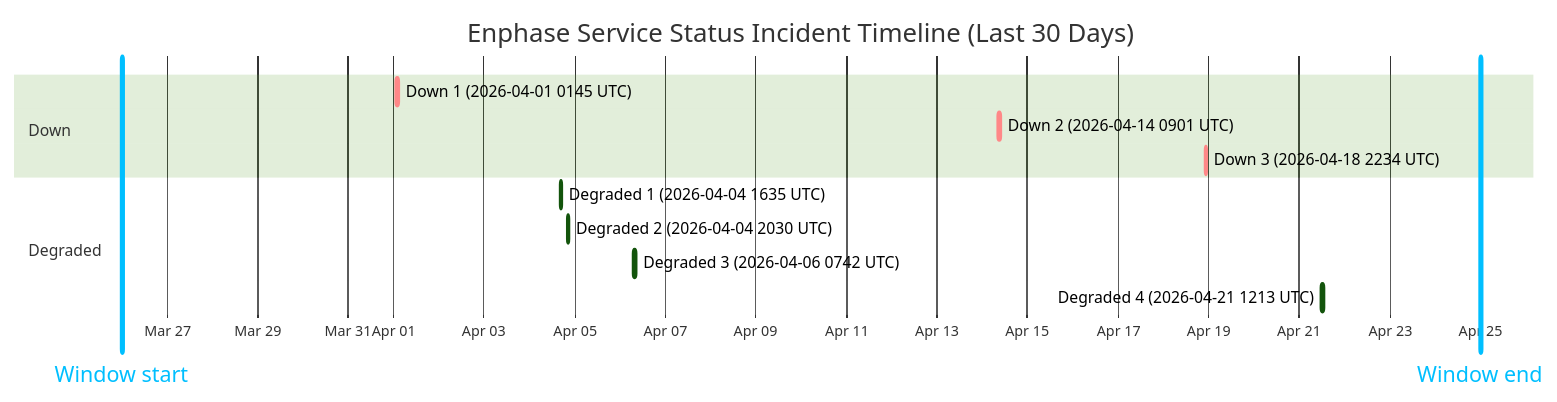
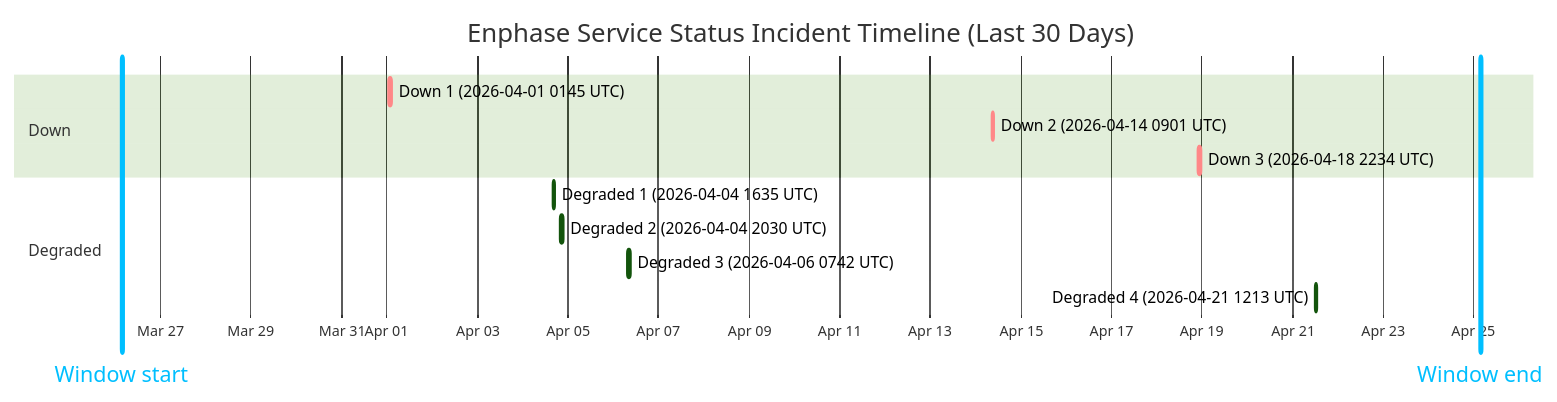
The diagram in wiki/Service-Status-History.md (barneyonline/ha-enphase-ev-charger), drawn with Mermaid (forest theme) before and after one commit. The commit also changed other lines of this file and 3 other files, not shown here.

````diff
--- a/wiki/Service-Status-History.md
+++ b/wiki/Service-Status-History.md
@@ -14,17 +14,17 @@
 ```mermaid
 gantt
     title Enphase Service Status Incident Timeline (Last 30 Days)
     dateFormat  YYYY-MM-DDTHH:mm:ss
     axisFormat  %b %d
-    Window start :vert, window-start, 2026-03-26T00:03:45, 0ms
-    Window end :vert, window-end, 2026-04-25T00:03:45, 0ms
+    Window start :vert, window-start, 2026-03-26T03:39:29, 0ms
+    Window end :vert, window-end, 2026-04-25T03:39:29, 0ms
     section Down
     Down 1 (2026-04-01 0145 UTC) :crit, down-1, 2026-04-01T01:45:09, 60m
     Down 2 (2026-04-14 0901 UTC) :crit, down-2, 2026-04-14T09:01:13, 60m
     Down 3 (2026-04-18 2234 UTC) :crit, down-3, 2026-04-18T22:34:13, 60m
     section Degraded
     Degraded 1 (2026-04-04 1635 UTC) :active, degraded-1, 2026-04-04T16:35:17, 60m
     Degraded 2 (2026-04-04 2030 UTC) :active, degraded-2, 2026-04-04T20:30:40, 60m
     Degraded 3 (2026-04-06 0742 UTC) :active, degraded-3, 2026-04-06T07:42:09, 85m
     Degraded 4 (2026-04-21 1213 UTC) :active, degraded-4, 2026-04-21T12:13:11, 60m
 ```
````
